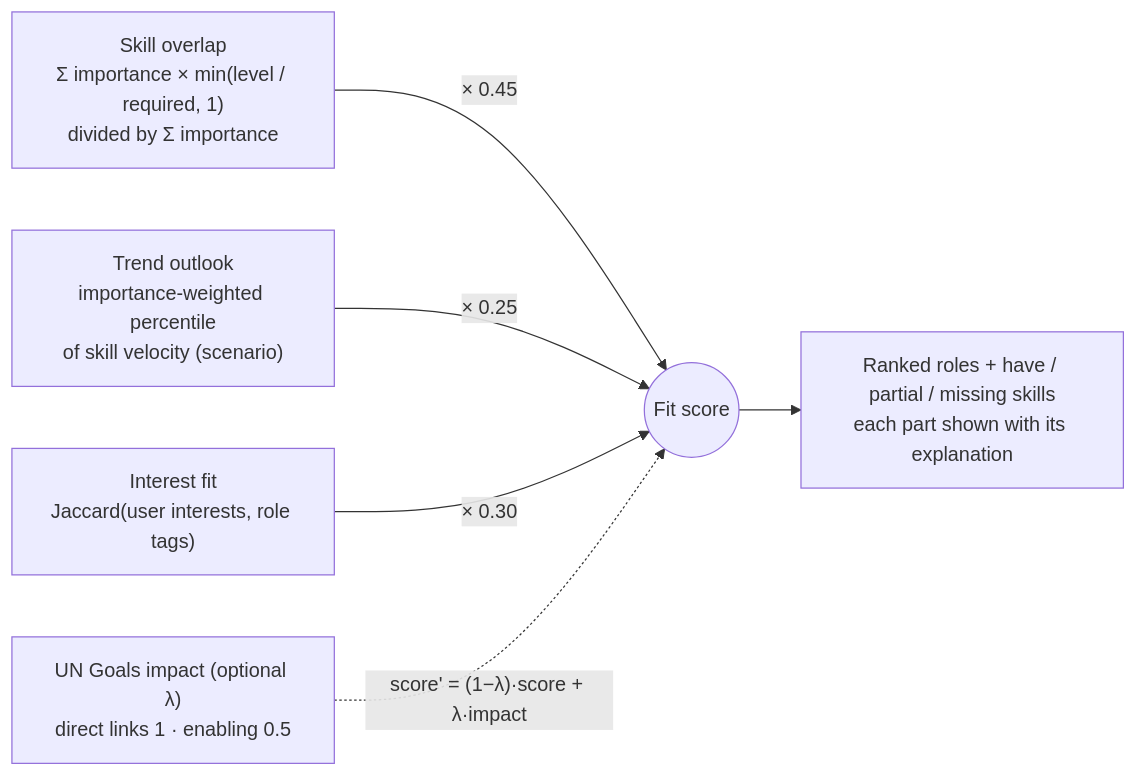
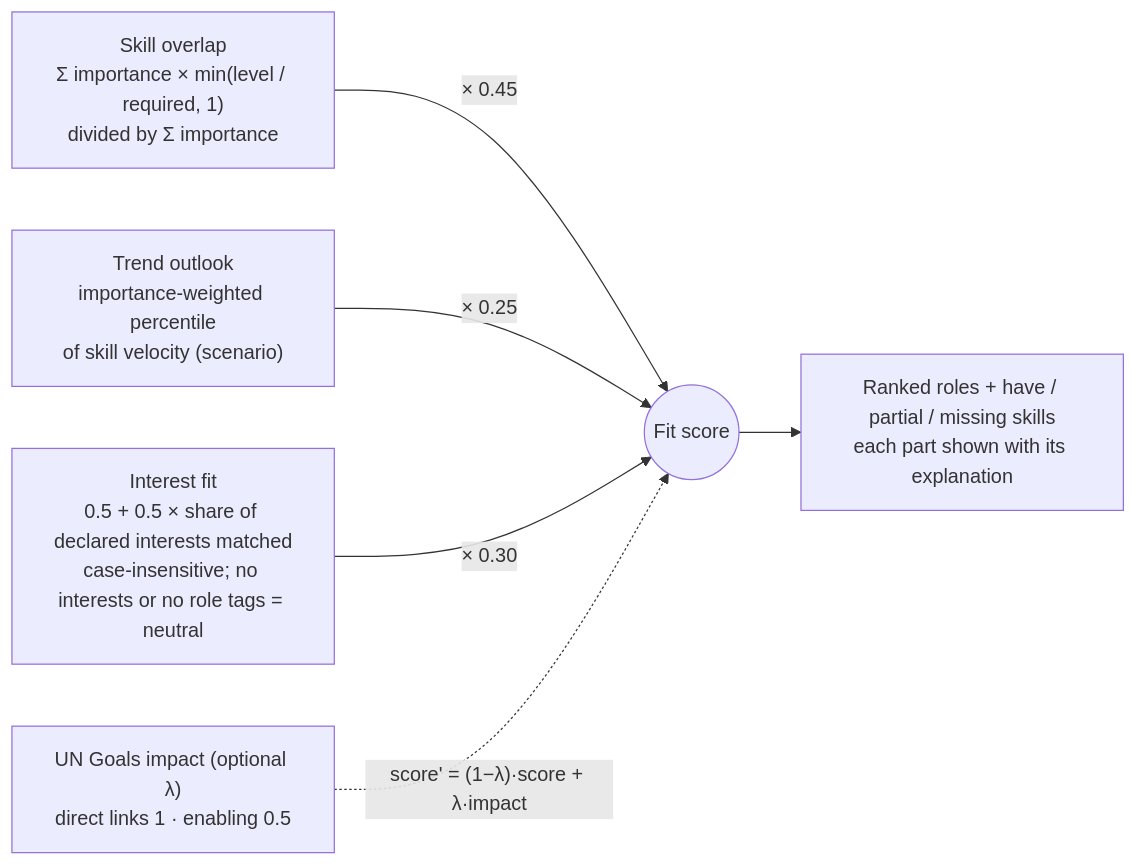
The sixth of 11 diagrams in README.md (pecel-lelele/adept), drawn with Mermaid before and after one commit. The commit also changed other lines of this file and 20 other files, not shown here.

````diff
--- a/README.md
+++ b/README.md
@@ -391,8 +391,8 @@
 ```mermaid
 flowchart LR
   S["Skill overlap<br/>Σ importance × min(level / required, 1)<br/>divided by Σ importance"] -- "× 0.45" --> T(("Fit score"))
   R["Trend outlook<br/>importance-weighted percentile<br/>of skill velocity (scenario)"] -- "× 0.25" --> T
-  I["Interest fit<br/>Jaccard(user interests, role tags)"] -- "× 0.30" --> T
+  I["Interest fit<br/>0.5 + 0.5 × share of declared interests matched<br/>case-insensitive; no interests or no role tags = neutral"] -- "× 0.30" --> T
   G["UN Goals impact (optional λ)<br/>direct links 1 · enabling 0.5"] -. "score' = (1−λ)·score + λ·impact" .-> T
   T --> O["Ranked roles + have / partial / missing skills<br/>each part shown with its explanation"]
 ```
````
